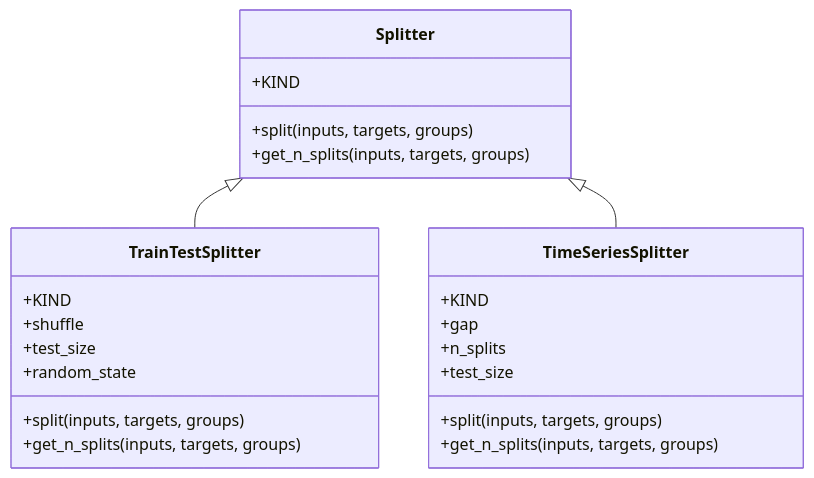
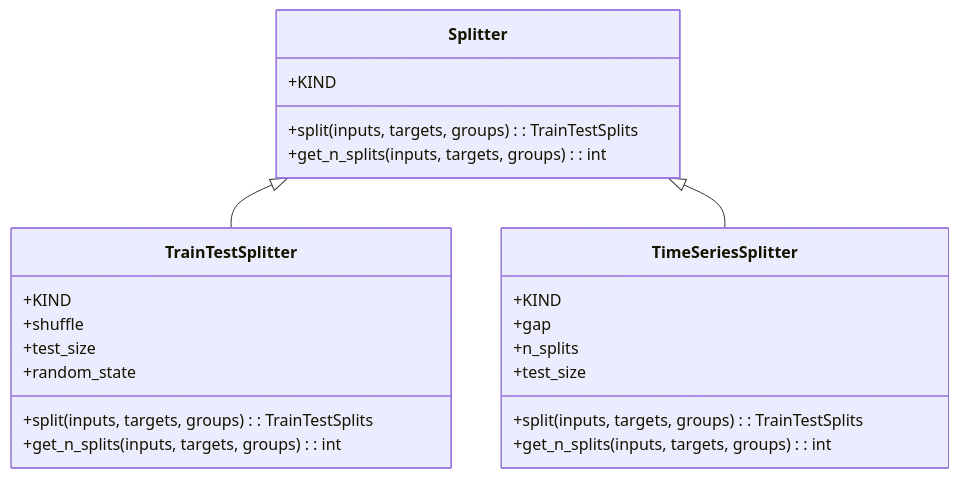
The first of 2 diagrams in wiki/splitters.md (lgcorzo/mlops-python-package), drawn with Mermaid before and after one commit. The commit also changed other lines of this file and 31 other files, not shown here.

````diff
--- a/wiki/splitters.md
+++ b/wiki/splitters.md
@@ -16,26 +16,26 @@
 ```mermaid
 classDiagram
     class Splitter {
         +KIND
-        +split(inputs, targets, groups)
-        +get_n_splits(inputs, targets, groups)
+        +split(inputs, targets, groups) : TrainTestSplits
+        +get_n_splits(inputs, targets, groups) : int
     }
-    Splitter <|-- TrainTestSplitter
     class TrainTestSplitter {
         +KIND
         +shuffle
         +test_size
         +random_state
-        +split(inputs, targets, groups)
-        +get_n_splits(inputs, targets, groups)
+        +split(inputs, targets, groups) : TrainTestSplits
+        +get_n_splits(inputs, targets, groups) : int
     }
-    Splitter <|-- TimeSeriesSplitter
+    Splitter <|-- TrainTestSplitter
     class TimeSeriesSplitter {
         +KIND
         +gap
         +n_splits
         +test_size
-        +split(inputs, targets, groups)
-        +get_n_splits(inputs, targets, groups)
+        +split(inputs, targets, groups) : TrainTestSplits
+        +get_n_splits(inputs, targets, groups) : int
     }
+    Splitter <|-- TimeSeriesSplitter
 ```
````
